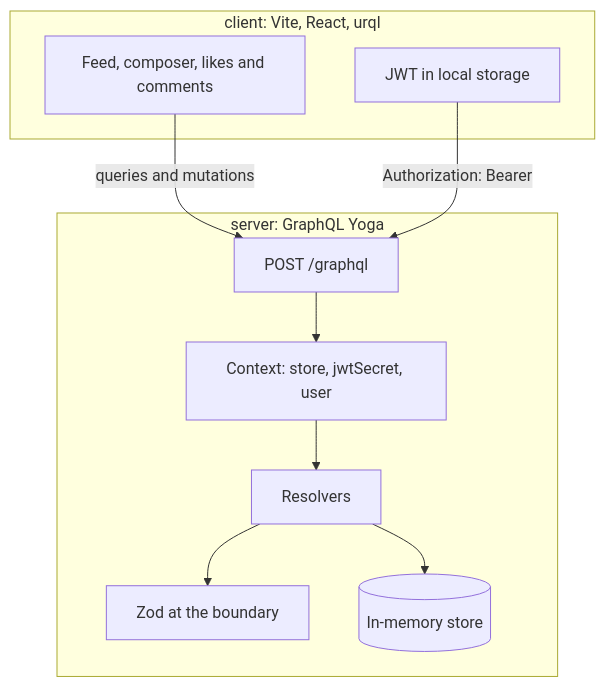
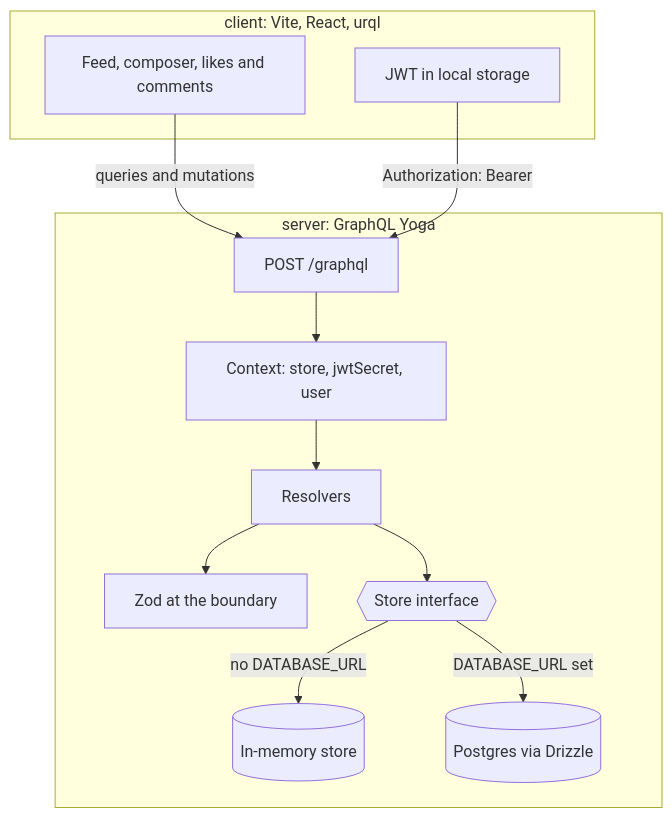
One commit to ali1129js/social-feed-graphql changed the diagram in README.md. Above: the diagram before and after it, drawn with Mermaid. The commit also changed other lines of this file and 4 other files, not shown here.

Commit message:
Document Postgres and Drizzle: LEARN.md, README, .env.example, leak guard script (SOC-06)

````diff
--- a/README.md
+++ b/README.md
@@ -24,20 +24,24 @@
 ```mermaid
 flowchart TB
   subgraph client [client: Vite, React, urql]
     UI[Feed, composer, likes and comments]
     Token[JWT in local storage]
   end
   subgraph server [server: GraphQL Yoga]
     Yoga["POST /graphql"]
     Ctx["Context: store, jwtSecret, user"]
     Res[Resolvers]
     Val[Zod at the boundary]
+    Store{{Store interface}}
     Mem[(In-memory store)]
+    PG[(Postgres via Drizzle)]
   end
   UI -->|"queries and mutations"| Yoga
   Token -->|"Authorization: Bearer"| Yoga
   Yoga --> Ctx
   Ctx --> Res
   Res --> Val
-  Res --> Mem
+  Res --> Store
+  Store -->|"no DATABASE_URL"| Mem
+  Store -->|"DATABASE_URL set"| PG
 ```
````
